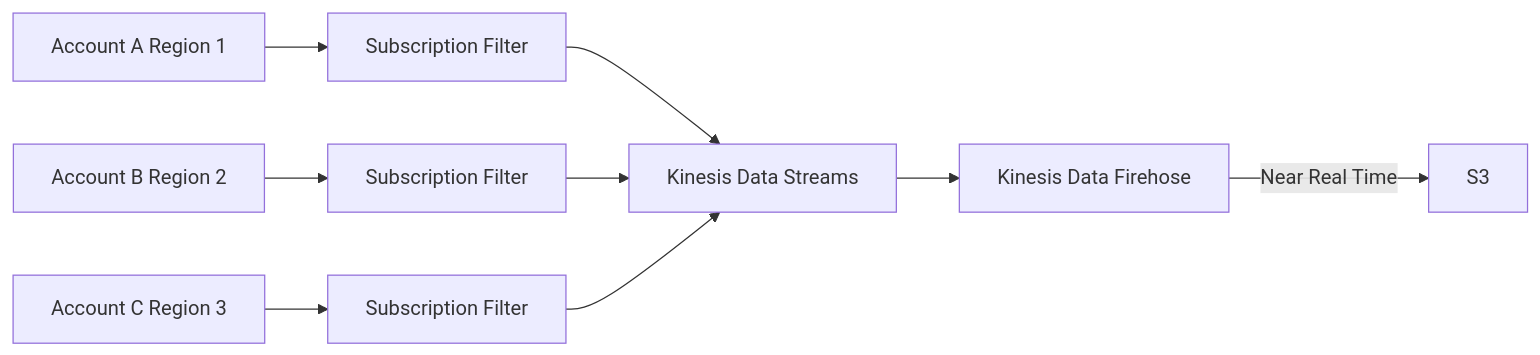
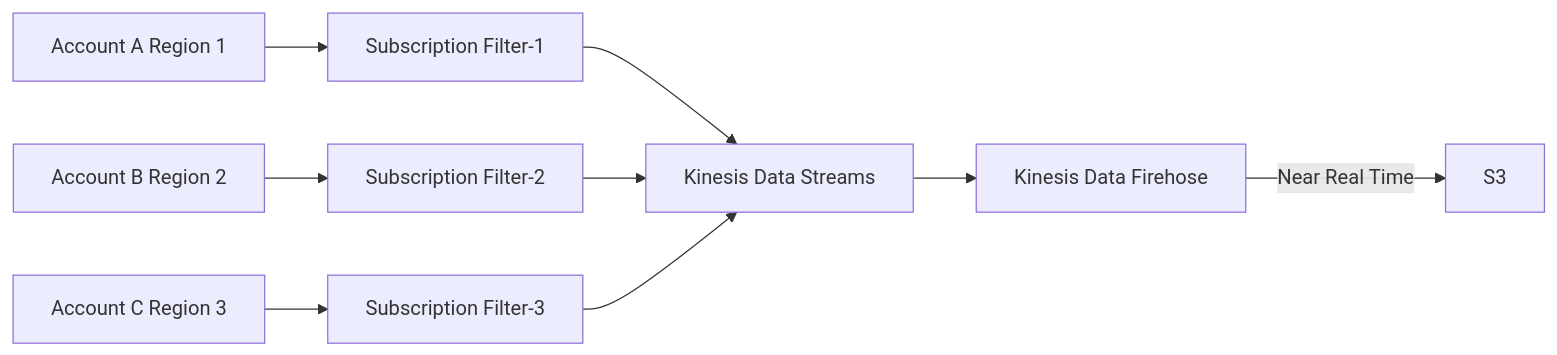
One commit to cool21540125/documentation-notes changed the second of 6 diagrams in aws/CloudWatch.md. Above: the diagram before and after it, drawn with Mermaid. The commit also changed other lines of this file and 5 other files, not shown here.

````diff
--- a/aws/CloudWatch.md
+++ b/aws/CloudWatch.md
@@ -130,17 +134,17 @@
     ```mermaid
     flowchart LR;
-    sf1["Subscription Filter"]
-    sf2["Subscription Filter"]
-    sf3["Subscription Filter"]
+    sf1["Subscription Filter-1"]
+    sf2["Subscription Filter-2"]
+    sf3["Subscription Filter-3"]
     ac1["Account A Region 1"] --> sf1;
     ac2["Account B Region 2"] --> sf2;
     ac3["Account C Region 3"] --> sf3;
 
     kds["Kinesis Data Streams"]
     kdf["Kinesis Data Firehose"]
     sf1 --> kds;
     sf2 --> kds;
     sf3 --> kds;
     kds --> kdf;
     kdf -- Near Real Time --> S3;
     ```
````
